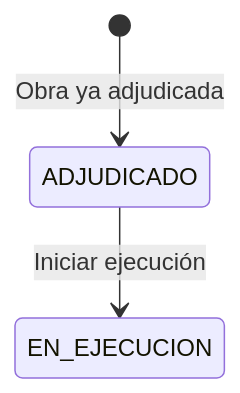
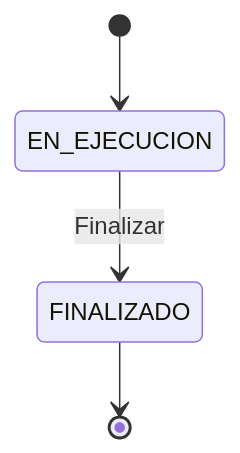
Before and after one commit to DevSantiago/sistema-obras: the fifth of 6 diagrams in docs/04-state-machine.md, drawn with Mermaid. The commit also changed other lines of this file and 16 other files, not shown here.

````diff
--- a/docs/04-state-machine.md
+++ b/docs/04-state-machine.md
@@ -72,5 +97,6 @@
 ```mermaid
 stateDiagram-v2
-    [*] --> ADJUDICADO: Obra ya adjudicada
-    ADJUDICADO --> EN_EJECUCION: Iniciar ejecución
+    [*] --> EN_EJECUCION
+    EN_EJECUCION --> FINALIZADO: Finalizar
+    FINALIZADO --> [*]
 ```
````
